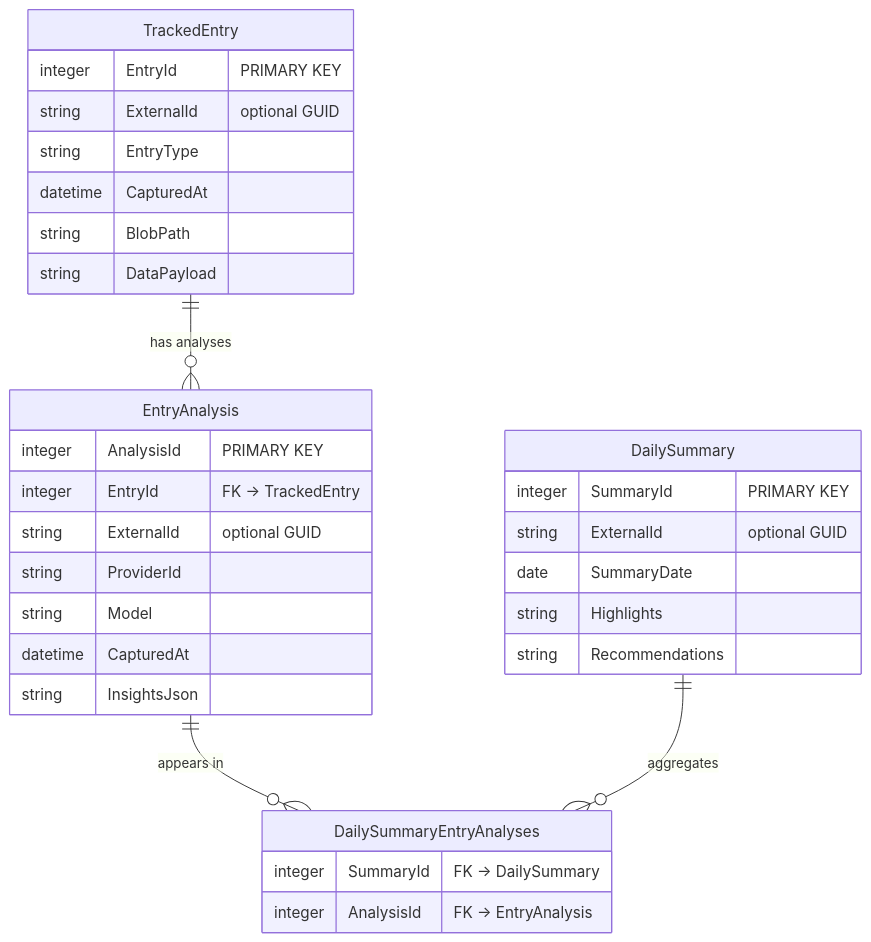
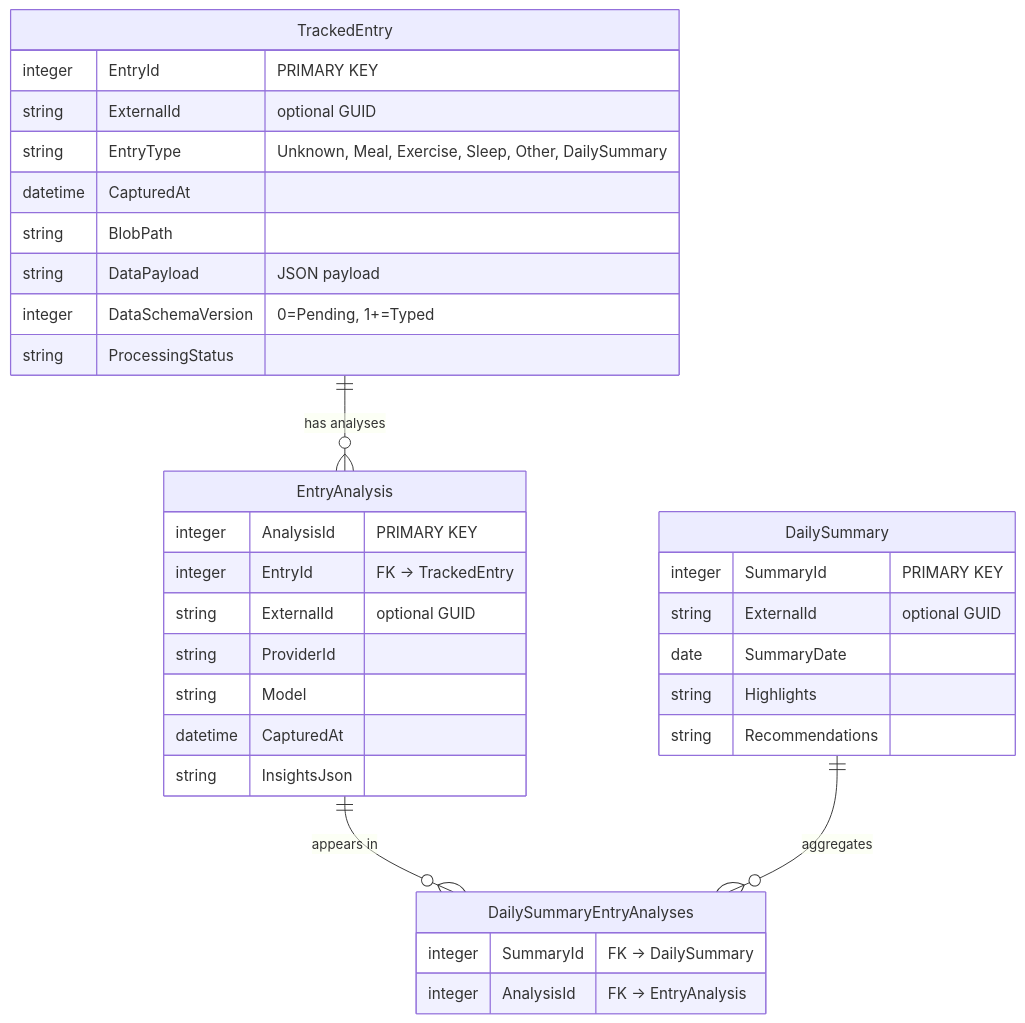
The first of 2 diagrams in docs/ARCHITECTURE.md (DigitumDei/HealthHelper), drawn with Mermaid before and after one commit. The commit also changed other lines of this file, not shown here.

First line of the commit message:
Update ARCHITECTURE.md with unified analysis flow

````diff
--- a/docs/ARCHITECTURE.md
+++ b/docs/ARCHITECTURE.md
@@ -3,35 +3,37 @@
 ```mermaid
 erDiagram
     TrackedEntry ||--o{ EntryAnalysis : "has analyses"
     EntryAnalysis ||--o{ DailySummaryEntryAnalyses : "appears in"
     DailySummary ||--o{ DailySummaryEntryAnalyses : "aggregates"
 
     TrackedEntry {
         integer EntryId "PRIMARY KEY"
         string ExternalId "optional GUID"
-        string EntryType
+        string EntryType "Unknown, Meal, Exercise, Sleep, Other, DailySummary"
         datetime CapturedAt
         string BlobPath
-        string DataPayload
+        string DataPayload "JSON payload"
+        integer DataSchemaVersion "0=Pending, 1+=Typed"
+        string ProcessingStatus
     }
     EntryAnalysis {
         integer AnalysisId "PRIMARY KEY"
         integer EntryId "FK -> TrackedEntry"
         string ExternalId "optional GUID"
         string ProviderId
         string Model
         datetime CapturedAt
         string InsightsJson
     }
     DailySummaryEntryAnalyses {
         integer SummaryId "FK -> DailySummary"
         integer AnalysisId "FK -> EntryAnalysis"
     }
     DailySummary {
         integer SummaryId "PRIMARY KEY"
         string ExternalId "optional GUID"
         date SummaryDate
         string Highlights
         string Recommendations
     }
 ```
````
